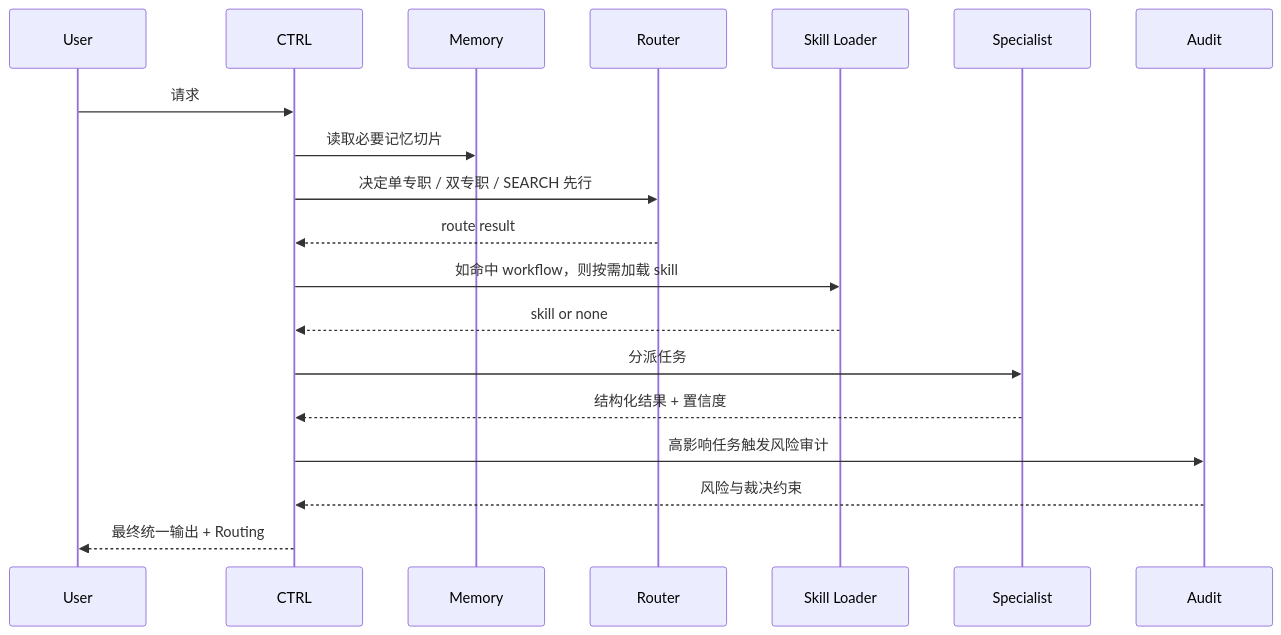
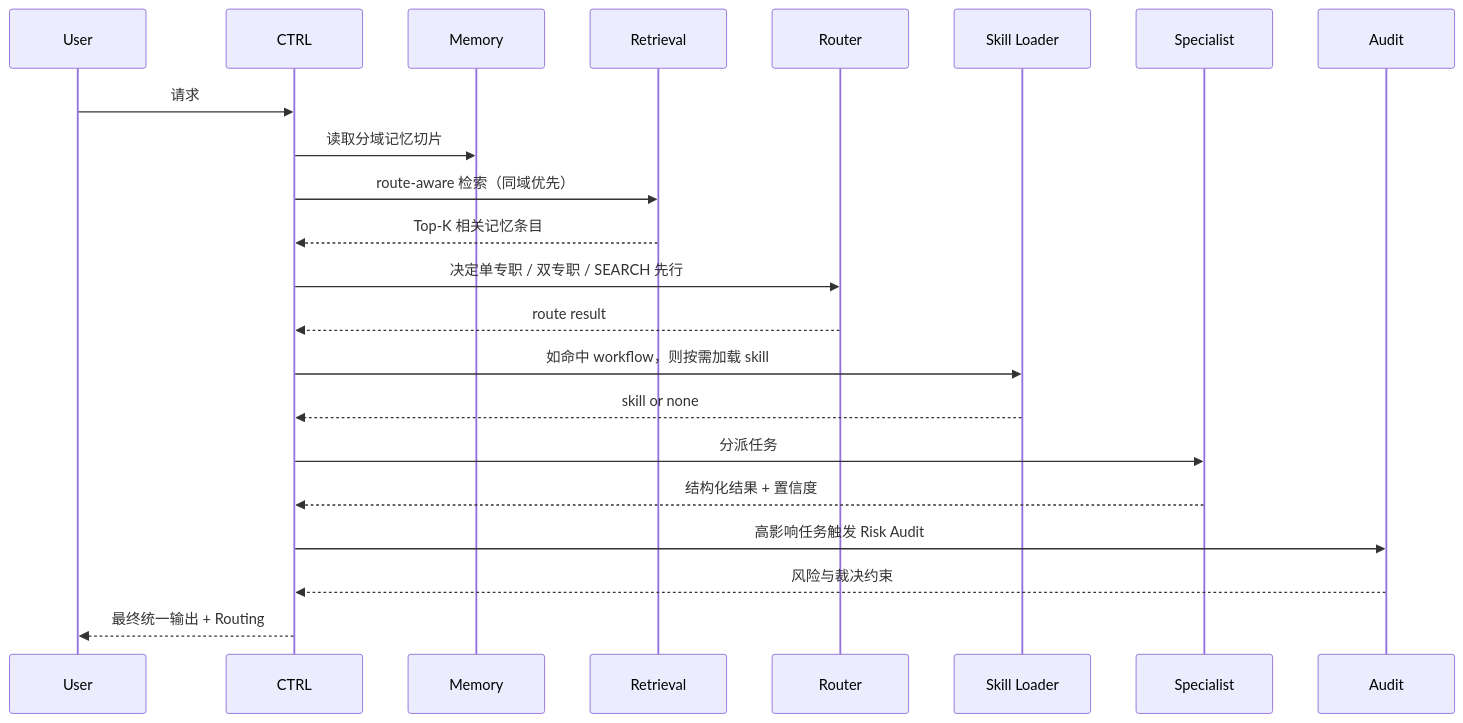
One commit to jinglong92/longClaw changed the third of 3 diagrams in README.md. Above: the diagram before and after it, drawn with Mermaid. The commit also changed other lines of this file, not shown here.

````diff
--- a/README.md
+++ b/README.md
@@ -186,22 +236,25 @@
 ```mermaid
 sequenceDiagram
     participant U as User
     participant C as CTRL
     participant M as Memory
+    participant RET as Retrieval
     participant R as Router
     participant K as Skill Loader
     participant S as Specialist
     participant A as Audit
 
     U->>C: 请求
-    C->>M: 读取必要记忆切片
+    C->>M: 读取分域记忆切片
+    C->>RET: route-aware 检索（同域优先）
+    RET-->>C: Top-K 相关记忆条目
     C->>R: 决定单专职 / 双专职 / SEARCH 先行
     R-->>C: route result
     C->>K: 如命中 workflow，则按需加载 skill
     K-->>C: skill or none
     C->>S: 分派任务
     S-->>C: 结构化结果 + 置信度
-    C->>A: 高影响任务触发风险审计
+    C->>A: 高影响任务触发 Risk Audit
     A-->>C: 风险与裁决约束
     C-->>U: 最终统一输出 + Routing
 ```
````
